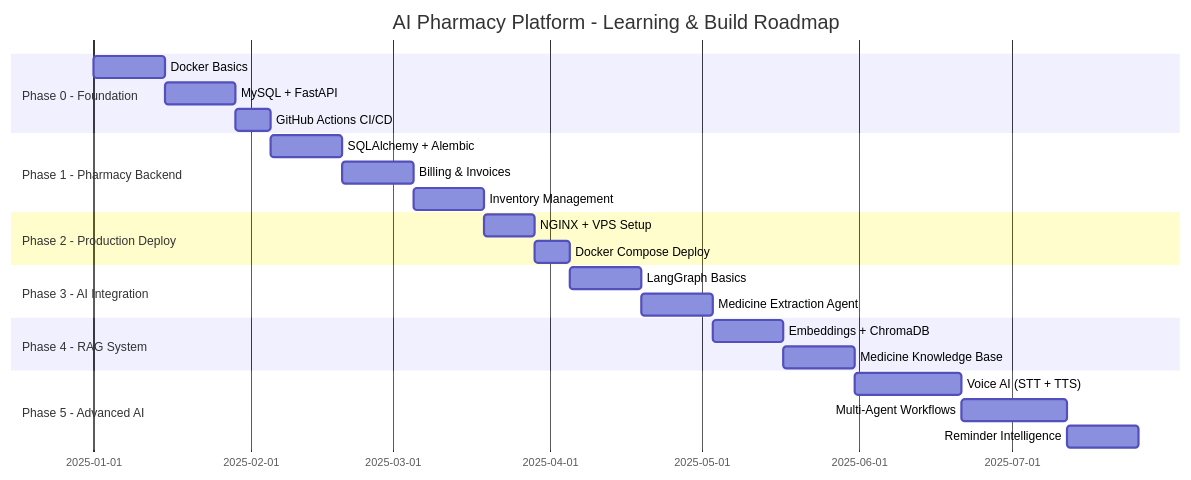
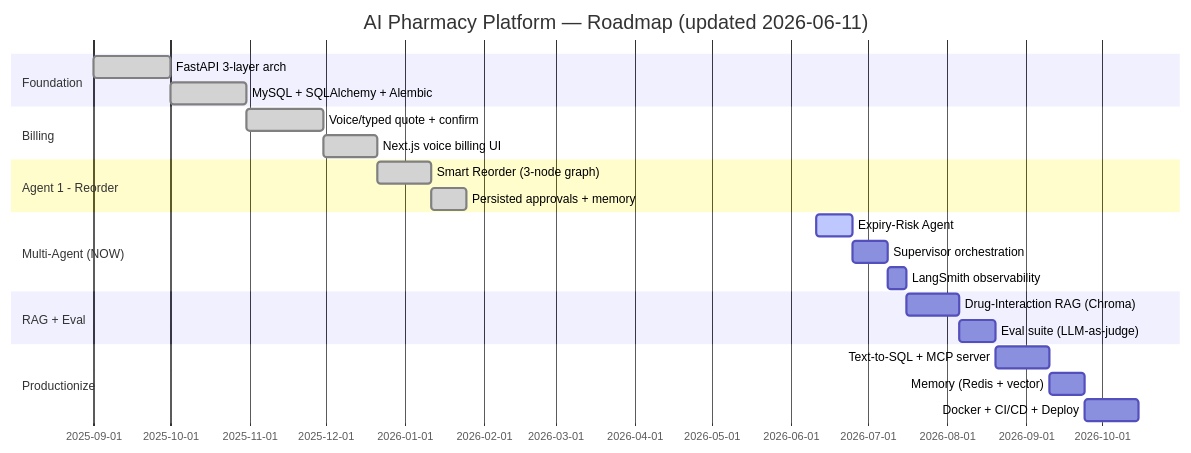
The seventh of 7 diagrams in AI_Pharmacy_Ecosystem.md (anurag-main/AI-Powered-Connected-Pharmacy-Ecosystem), drawn with Mermaid before and after one commit. The commit also changed other lines of this file and 2 other files, not shown here.

First line of the commit message:
docs: multi-agent research + roadmap update to current state

````diff
--- a/AI_Pharmacy_Ecosystem.md
+++ b/AI_Pharmacy_Ecosystem.md
@@ -470,31 +476,30 @@
 ```mermaid
 gantt
-    title AI Pharmacy Platform - Learning & Build Roadmap
+    title AI Pharmacy Platform — Roadmap (updated 2026-06-11)
     dateFormat  YYYY-MM-DD
-    section Phase 0 - Foundation
-    Docker Basics           :a1, 2025-01-01, 14d
-    MySQL + FastAPI          :a2, after a1, 14d
-    GitHub Actions CI/CD     :a3, after a2, 7d
+    section Foundation
+    FastAPI 3-layer arch         :done, a1, 2025-09-01, 30d
+    MySQL + SQLAlchemy + Alembic :done, a2, after a1, 30d
 
-    section Phase 1 - Pharmacy Backend
-    SQLAlchemy + Alembic     :b1, after a3, 14d
-    Billing & Invoices       :b2, after b1, 14d
-    Inventory Management     :b3, after b2, 14d
+    section Billing
+    Voice/typed quote + confirm  :done, b1, after a2, 30d
+    Next.js voice billing UI     :done, b2, after b1, 21d
 
-    section Phase 2 - Production Deploy
-    NGINX + VPS Setup        :c1, after b3, 10d
-    Docker Compose Deploy    :c2, after c1, 7d
+    section Agent 1 - Reorder
+    Smart Reorder (3-node graph) :done, c1, after b2, 21d
+    Persisted approvals + memory :done, c2, after c1, 14d
 
-    section Phase 3 - AI Integration
-    LangGraph Basics         :d1, after c2, 14d
-    Medicine Extraction Agent:d2, after d1, 14d
+    section Multi-Agent (NOW)
+    Expiry-Risk Agent            :active, d1, 2026-06-11, 14d
+    Supervisor orchestration     :d2, after d1, 14d
+    LangSmith observability      :d3, after d2, 7d
 
-    section Phase 4 - RAG System
-    Embeddings + ChromaDB    :e1, after d2, 14d
-    Medicine Knowledge Base  :e2, after e1, 14d
+    section RAG + Eval
+    Drug-Interaction RAG (Chroma):e1, after d3, 21d
+    Eval suite (LLM-as-judge)    :e2, after e1, 14d
 
-    section Phase 5 - Advanced AI
-    Voice AI (STT + TTS)     :f1, after e2, 21d
-    Multi-Agent Workflows    :f2, after f1, 21d
-    Reminder Intelligence    :f3, after f2, 14d
+    section Productionize
+    Text-to-SQL + MCP server     :f1, after e2, 21d
+    Memory (Redis + vector)      :f2, after f1, 14d
+    Docker + CI/CD + Deploy      :f3, after f2, 21d
 ```
````
